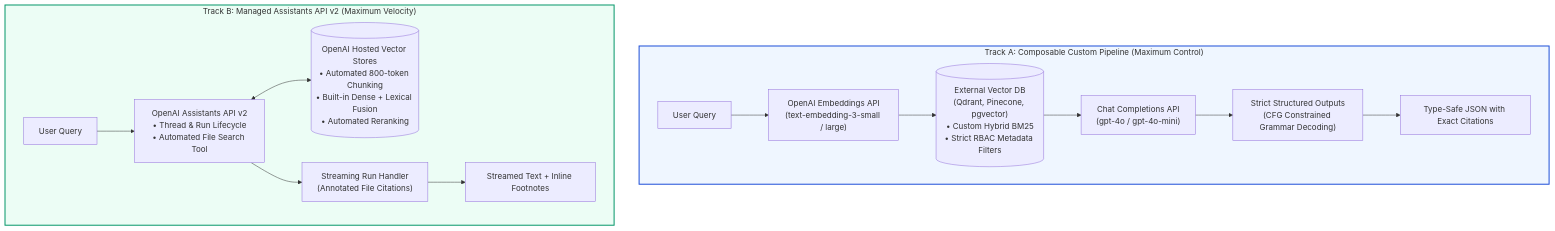
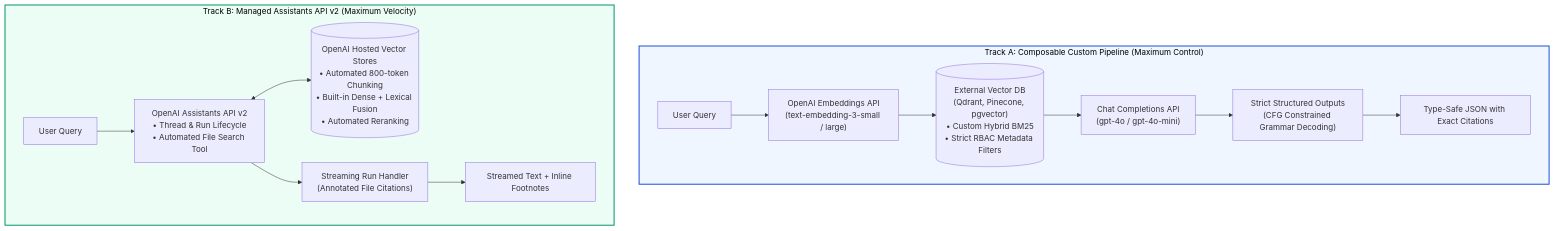
One commit to swapnil3104/RAG-Engineering changed the first of 3 diagrams in 11-Frameworks-and-Tools/OpenAI/README.md. Above: the diagram before and after it, drawn with Mermaid. The commit also changed other lines of this file and 108 other files, not shown here.

Commit message:
fix: make chart text visible across all Mermaid diagrams and resolve markdown table formatting issues

````diff
--- a/11-Frameworks-and-Tools/OpenAI/README.md
+++ b/11-Frameworks-and-Tools/OpenAI/README.md
@@ -22,20 +22,20 @@
 ```mermaid
 flowchart TD
     subgraph Track1 ["Track A: Composable Custom Pipeline (Maximum Control)"]
         UserQ1["User Query"] --> EmbedAPI["OpenAI Embeddings API<br/>(text-embedding-3-small / large)"]
         EmbedAPI --> CustomVDB[("External Vector DB<br/>(Qdrant, Pinecone, pgvector)<br/>• Custom Hybrid BM25<br/>• Strict RBAC Metadata Filters")]
         CustomVDB --> ChatComp["Chat Completions API<br/>(gpt-4o / gpt-4o-mini)"]
         ChatComp --> StructOut["Strict Structured Outputs<br/>(CFG Constrained Grammar Decoding)"]
         StructOut --> Res1["Type-Safe JSON with Exact Citations"]
     end
 
     subgraph Track2 ["Track B: Managed Assistants API v2 (Maximum Velocity)"]
         UserQ2["User Query"] --> AssistantEngine["OpenAI Assistants API v2<br/>• Thread & Run Lifecycle<br/>• Automated File Search Tool"]
         AssistantEngine <--> OpenAIVDB[("OpenAI Hosted Vector Stores<br/>• Automated 800-token Chunking<br/>• Built-in Dense + Lexical Fusion<br/>• Automated Reranking")]
         AssistantEngine --> SSEStream["Streaming Run Handler<br/>(Annotated File Citations)"]
         SSEStream --> Res2["Streamed Text + Inline Footnotes"]
     end
 
-    style Track1 fill:#eff6ff,stroke:#1d4ed8,stroke-width:2px
-    style Track2 fill:#ecfdf5,stroke:#059669,stroke-width:2px
+    style Track1 fill:#eff6ff,stroke:#1d4ed8,stroke-width:2px,color:#000000
+    style Track2 fill:#ecfdf5,stroke:#059669,stroke-width:2px,color:#000000
 ```
````
